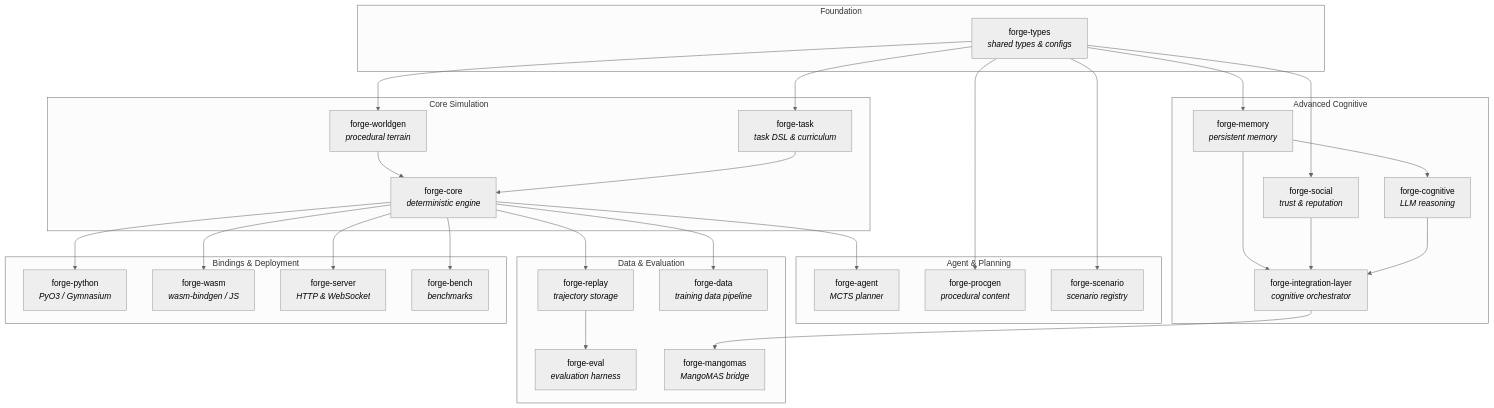
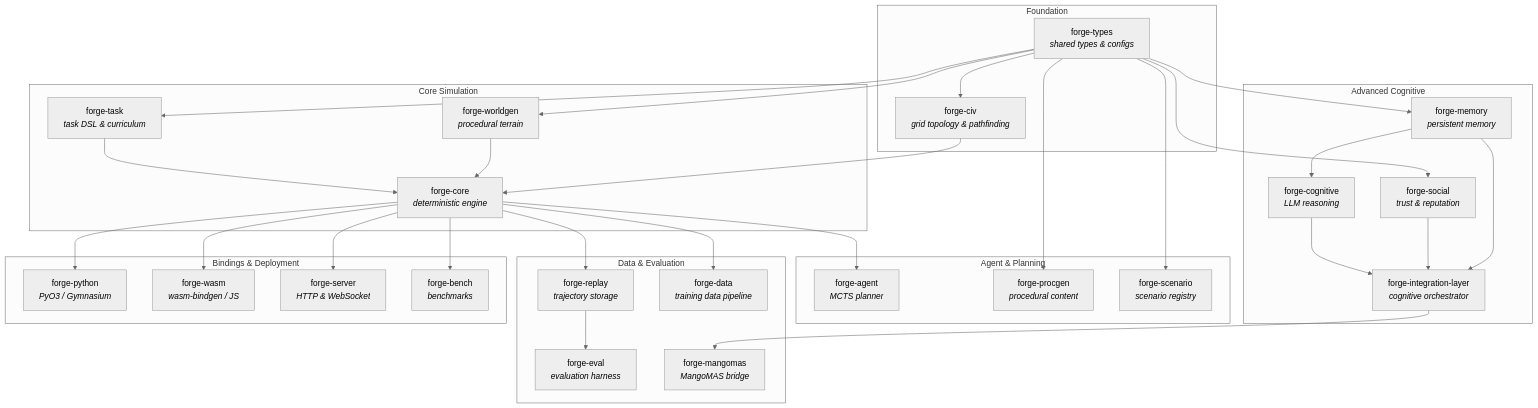
Before and after one commit to ianshank/FORGE: the diagram in README.md, drawn with Mermaid (neutral theme). The commit also changed other lines of this file and 42 other files, not shown here.

````diff
--- a/README.md
+++ b/README.md
@@ -80,64 +104,67 @@
 ```mermaid
 graph TD
     subgraph "Foundation"
         forge_types["forge-types<br/><i>shared types & configs</i>"]
+        forge_civ["forge-civ<br/><i>grid topology & pathfinding</i>"]
     end
 
     subgraph "Core Simulation"
         forge_worldgen["forge-worldgen<br/><i>procedural terrain</i>"]
         forge_task["forge-task<br/><i>task DSL & curriculum</i>"]
         forge_core["forge-core<br/><i>deterministic engine</i>"]
     end
 
     subgraph "Agent & Planning"
         forge_agent["forge-agent<br/><i>MCTS planner</i>"]
         forge_procgen["forge-procgen<br/><i>procedural content</i>"]
         forge_scenario["forge-scenario<br/><i>scenario registry</i>"]
     end
 
     subgraph "Advanced Cognitive"
         forge_memory["forge-memory<br/><i>persistent memory</i>"]
         forge_social["forge-social<br/><i>trust & reputation</i>"]
         forge_cognitive["forge-cognitive<br/><i>LLM reasoning</i>"]
         forge_integration["forge-integration-layer<br/><i>cognitive orchestrator</i>"]
     end
 
     subgraph "Data & Evaluation"
         forge_replay["forge-replay<br/><i>trajectory storage</i>"]
         forge_eval["forge-eval<br/><i>evaluation harness</i>"]
         forge_data["forge-data<br/><i>training data pipeline</i>"]
         forge_mangomas["forge-mangomas<br/><i>MangoMAS bridge</i>"]
     end
 
     subgraph "Bindings & Deployment"
         forge_python["forge-python<br/><i>PyO3 / Gymnasium</i>"]
         forge_wasm["forge-wasm<br/><i>wasm-bindgen / JS</i>"]
         forge_server["forge-server<br/><i>HTTP & WebSocket</i>"]
         forge_bench["forge-bench<br/><i>benchmarks</i>"]
     end
 
     forge_types --> forge_worldgen
     forge_types --> forge_task
+    forge_types --> forge_civ
     forge_types --> forge_memory
     forge_types --> forge_social
     forge_types --> forge_procgen
     forge_types --> forge_scenario
 
+    forge_civ --> forge_core
     forge_worldgen --> forge_core
     forge_task --> forge_core
     forge_core --> forge_agent
     forge_memory --> forge_cognitive
     forge_memory --> forge_integration
     forge_social --> forge_integration
     forge_cognitive --> forge_integration
 
     forge_core --> forge_replay
     forge_replay --> forge_eval
     forge_core --> forge_data
     forge_integration --> forge_mangomas
 
     forge_core --> forge_python
     forge_core --> forge_wasm
     forge_core --> forge_server
     forge_core --> forge_bench
 ```
````
